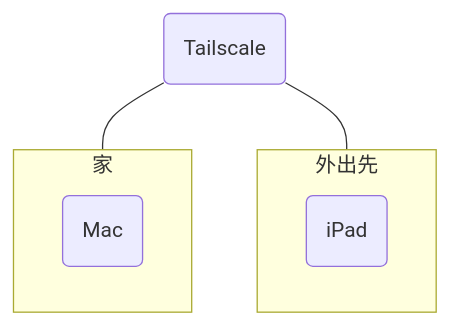
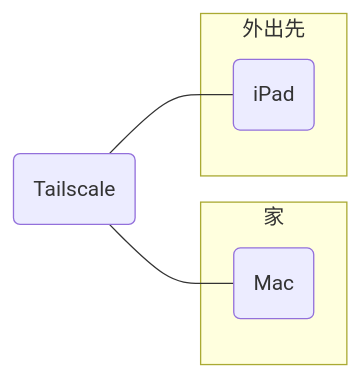
The diagram in README.md (umr-tech/use-Mac-from-iPad), drawn with Mermaid before and after one commit.

Commit message:
ネットワーク図を修正

````diff
--- a/README.md
+++ b/README.md
@@ -11,11 +11,15 @@
 ```mermaid
-graph TD
+graph LR
   subgraph home[家]
-  mac(Mac)
+    mac(Mac)
   end
+
   subgraph out[外出先]
-  ipad(iPad)
+    ipad(iPad)
   end
-  vpn(Tailscale) --- home
-  vpn --- out
+
+  vpn(Tailscale)
+
+  vpn --- mac
+  vpn --- ipad
 ```
````
